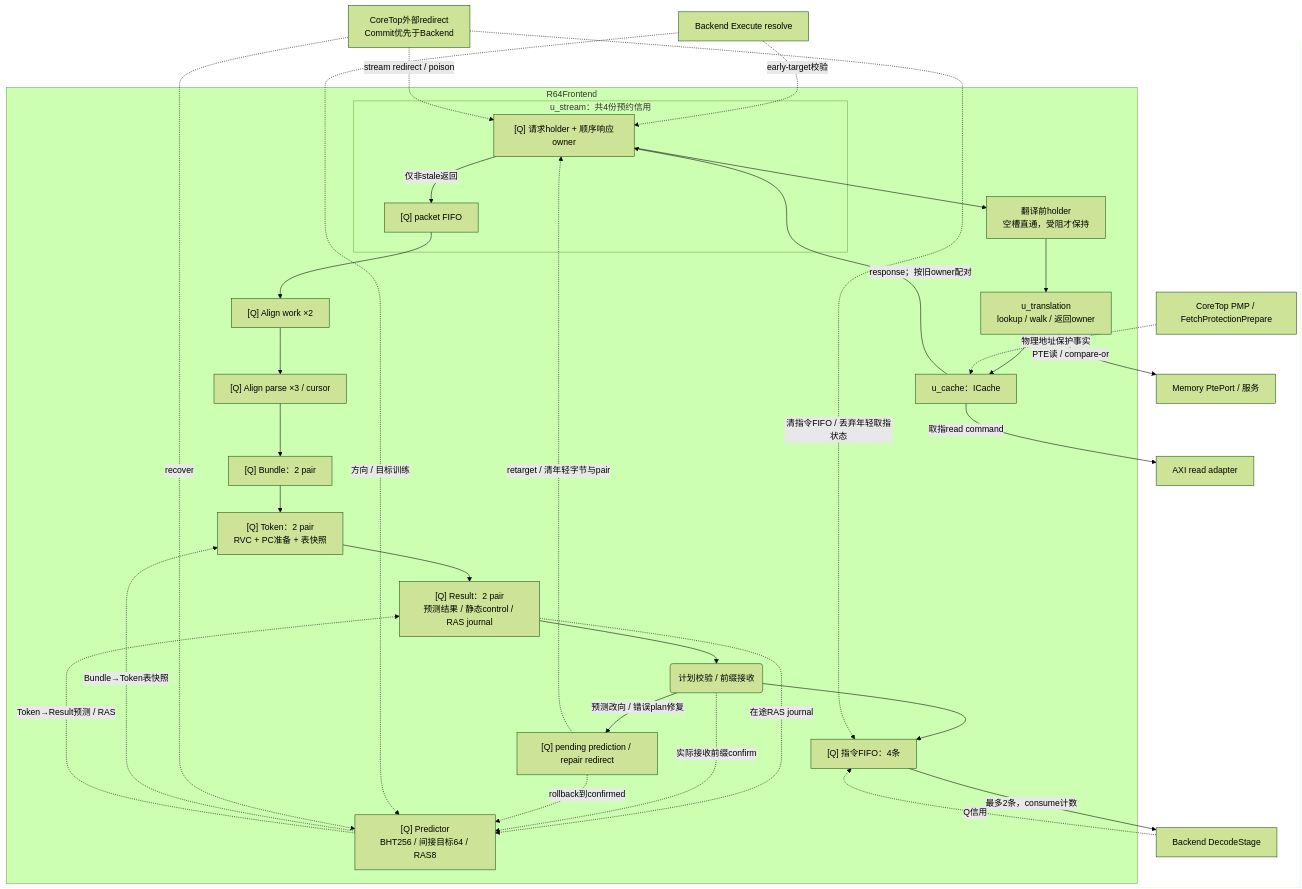
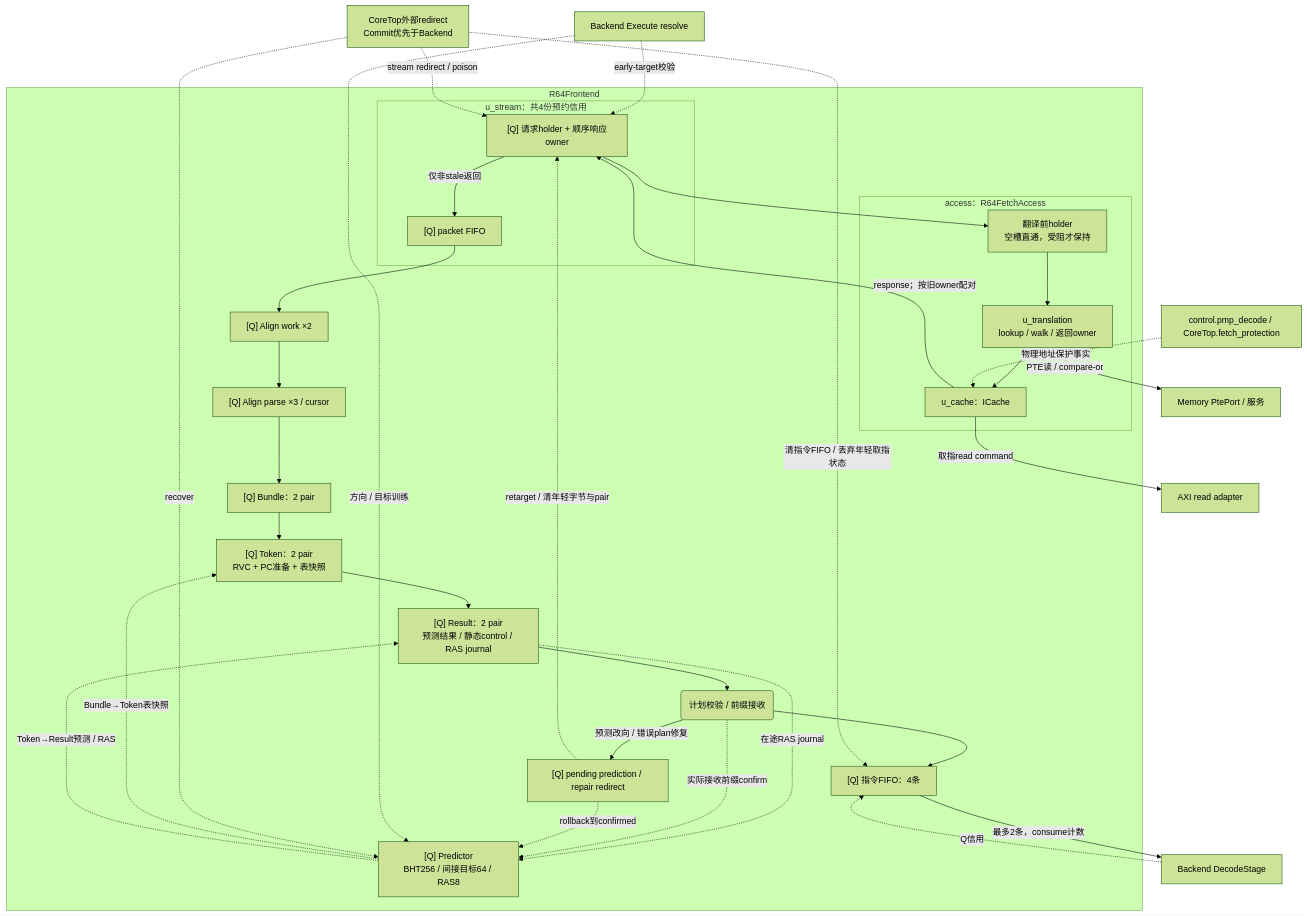
Before and after one commit to mcsaver/oscpu: the diagram in npc/rv64/vsrc/frontend/TOPOLOGY.md, drawn with Mermaid (forest theme). The commit also changed other lines of this file and 30 other files, not shown here.

First line of the commit message:
refactor(rv64): encapsulate control and memory access ownership

````diff
--- a/npc/rv64/vsrc/frontend/TOPOLOGY.md
+++ b/npc/rv64/vsrc/frontend/TOPOLOGY.md
@@ -45,42 +48,44 @@
 ```mermaid
 flowchart TB
   subgraph FE["R64Frontend"]
     subgraph ST["u_stream：共4份预约信用"]
       REQ["[Q] 请求holder + 顺序响应owner"]
       PK["[Q] packet FIFO"]
     end
-    H["翻译前holder<br/>空槽直通，受阻才保持"]
-    TR["u_translation<br/>lookup / walk / 返回owner"]
-    IC["u_cache：ICache"]
+    subgraph ACCESS["access：R64FetchAccess"]
+      H["翻译前holder<br/>空槽直通，受阻才保持"]
+      TR["u_translation<br/>lookup / walk / 返回owner"]
+      IC["u_cache：ICache"]
+    end
     WORK["[Q] Align work ×2"]
     PARSE["[Q] Align parse ×3 / cursor"]
     B["[Q] Bundle：2 pair"]
     T["[Q] Token：2 pair<br/>RVC + PC准备 + 表快照"]
     R["[Q] Result：2 pair<br/>预测结果 / 静态control / RAS journal"]
     A("计划校验 / 前缀接收")
     O["[Q] 指令FIFO：4条"]
     BP["[Q] Predictor<br/>BHT256 / 间接目标64 / RAS8"]
     LOCAL["[Q] pending prediction / repair redirect"]
     REQ --> H --> TR --> IC
     IC -->|"response；按旧owner配对"| REQ
     REQ -->|"仅非stale返回"| PK
     PK --> WORK --> PARSE --> B --> T --> R --> A --> O
     BP -.->|"Bundle→Token表快照"| T
     BP -.->|"Token→Result预测 / RAS"| R
     R -.->|"在途RAS journal"| BP
     A -.->|"实际接收前缀confirm"| BP
     A -->|"预测改向 / 错误plan修复"| LOCAL
     LOCAL -.->|"retarget / 清年轻字节与pair"| REQ
     LOCAL -.->|"rollback到confirmed"| BP
   end
   O -->|"最多2条，consume计数"| D["Backend DecodeStage"]
   D -.->|"Q信用"| O
   EX["Backend Execute resolve"] -.->|"方向 / 目标训练"| BP
   EX -.->|"early-target校验"| REQ
   RED["CoreTop外部redirect<br/>Commit优先于Backend"] -.->|"stream redirect / poison"| REQ
   RED -.->|"清指令FIFO / 丢弃年轻取指状态"| O
   RED -.->|"recover"| BP
-  PROT["CoreTop PMP / FetchProtectionPrepare"] -.->|"物理地址保护事实"| IC
+  PROT["control.pmp_decode / CoreTop.fetch_protection"] -.->|"物理地址保护事实"| IC
   TR -->|"PTE读 / compare-or"| MEM["Memory PtePort / 服务"]
   IC -->|"取指read command"| AX["AXI read adapter"]
 ```
````
